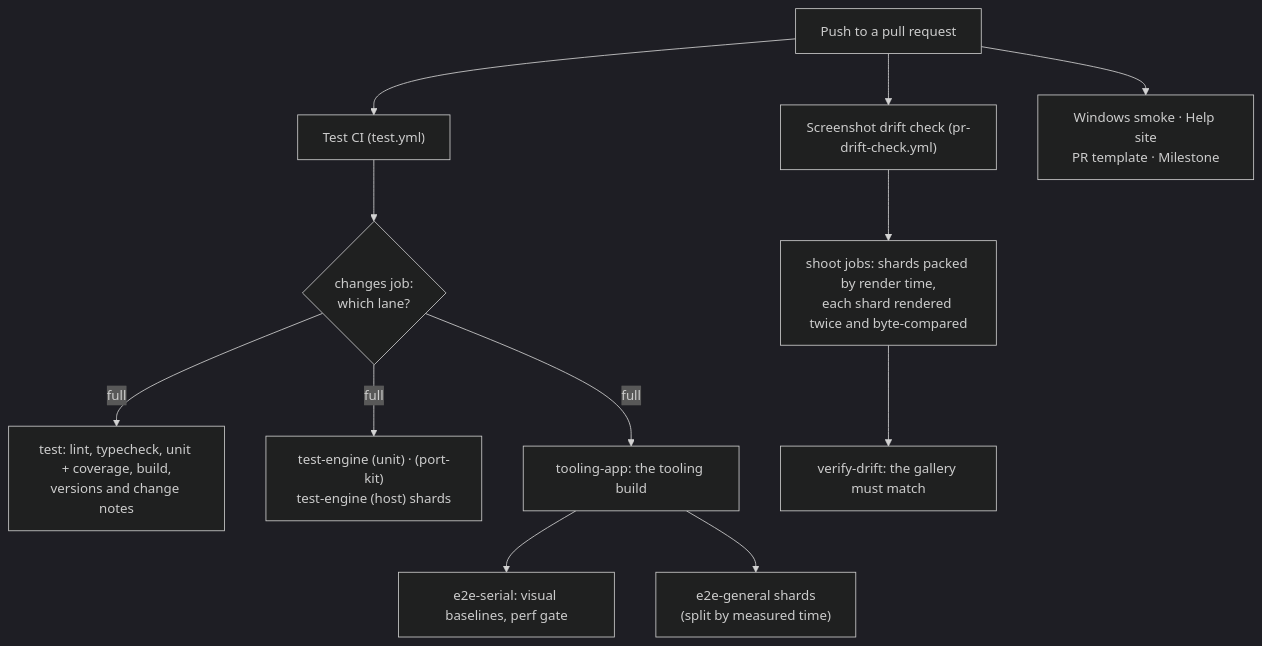
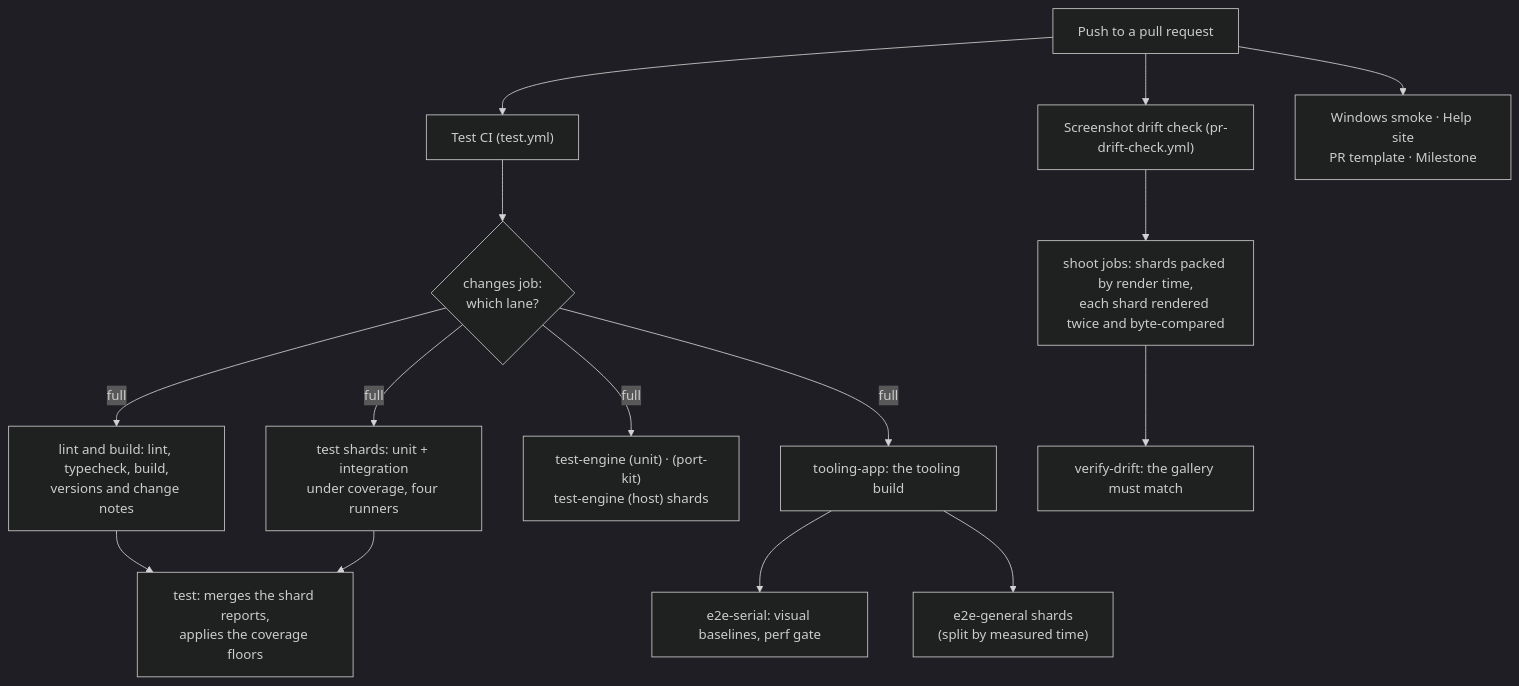
One commit to maniator/verticopolis changed the first of 2 diagrams in docs/ci/pipeline.md. Above: the diagram before and after it, drawn with Mermaid (dark theme). The commit also changed other lines of this file and 3 other files, not shown here.

First line of the commit message:
Split the test job into four coverage shards beside lint and build

````diff
--- a/docs/ci/pipeline.md
+++ b/docs/ci/pipeline.md
@@ -10,15 +10,18 @@
 ```mermaid
 flowchart TD
     PR["Push to a pull request"] --> Test["Test CI (test.yml)"]
     PR --> Drift["Screenshot drift check (pr-drift-check.yml)"]
     PR --> Other["Windows smoke · Help site<br/>PR template · Milestone"]
 
     Test --> Lane{"changes job:<br/>which lane?"}
-    Lane -->|full| Fast["test: lint, typecheck, unit + coverage, build,<br/>versions and change notes"]
+    Lane -->|full| Lint["lint and build: lint, typecheck, build,<br/>versions and change notes"]
+    Lane -->|full| Shards["test shards: unit + integration<br/>under coverage, four runners"]
+    Lint --> Fast["test: merges the shard reports,<br/>applies the coverage floors"]
+    Shards --> Fast
     Lane -->|full| EngineLegs["test-engine (unit) · (port-kit)<br/>test-engine (host) shards"]
     Lane -->|full| Tooling["tooling-app: the tooling build"]
     Tooling --> E2E["e2e-serial: visual baselines, perf gate"]
     Tooling --> E2EG["e2e-general shards<br/>(split by measured time)"]
     Drift --> Shoot["shoot jobs: shards packed by render time,<br/>each shard rendered twice and byte-compared"]
     Shoot --> Verify["verify-drift: the gallery must match"]
 ```
````
